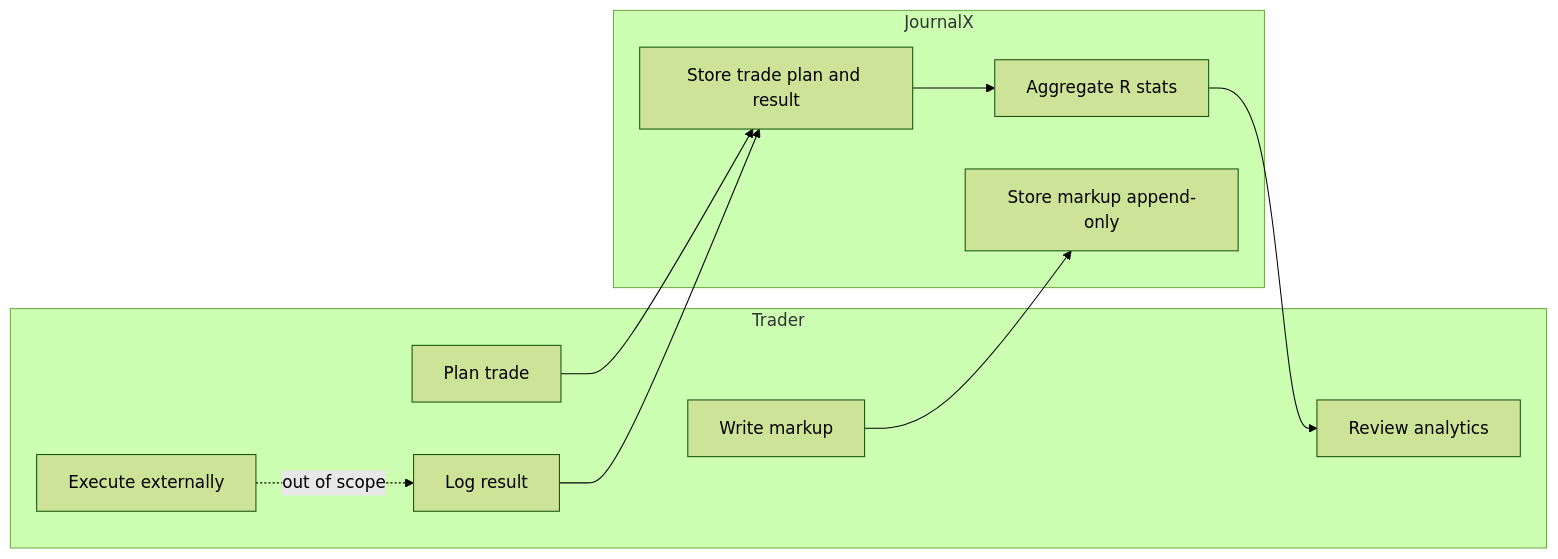
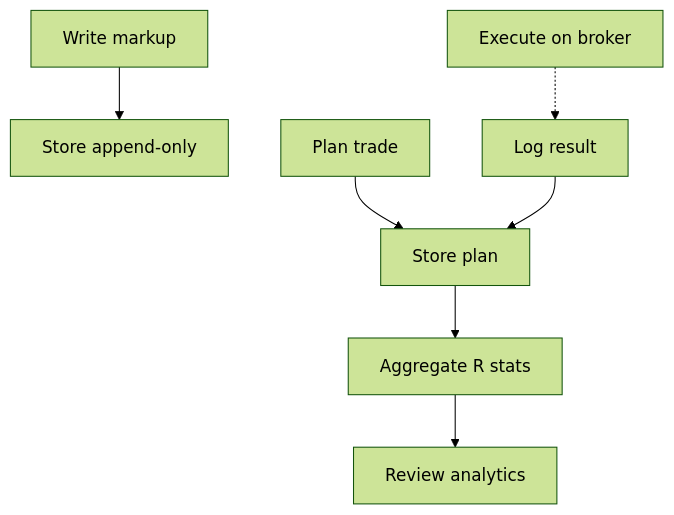
The third of 3 diagrams in docs/05-process-as-is-to-be.md (jah-guide/journalx-dashboard), drawn with Mermaid (forest theme) before and after one commit. The commit also changed other lines of this file, not shown here.

Commit message:
docs: simplify as-is vs to-be process diagrams

````diff
--- a/docs/05-process-as-is-to-be.md
+++ b/docs/05-process-as-is-to-be.md
@@ -84,21 +115,17 @@
 ```mermaid
-flowchart LR
-  subgraph Trader
-    T1[Write markup]
-    T2[Plan trade]
-    T3[Execute externally]
-    T4[Log result]
-    T5[Review analytics]
-  end
-  subgraph JournalX
-    J1[Store markup append-only]
-    J2[Store trade plan and result]
-    J3[Aggregate R stats]
-  end
-  T1 --> J1
-  T2 --> J2
+
+flowchart TB
+
+  T1[Write markup] --> J1[Store append-only]
+
+  T2[Plan trade] --> J2[Store plan]
+
+  T3[Execute on broker] -.-> T4[Log result]
+
   T4 --> J2
-  J2 --> J3
-  T3 -.->|out of scope| T4
-  J3 --> T5
+
+  J2 --> J3[Aggregate R stats]
+
+  J3 --> T5[Review analytics]
+
 ```
````
